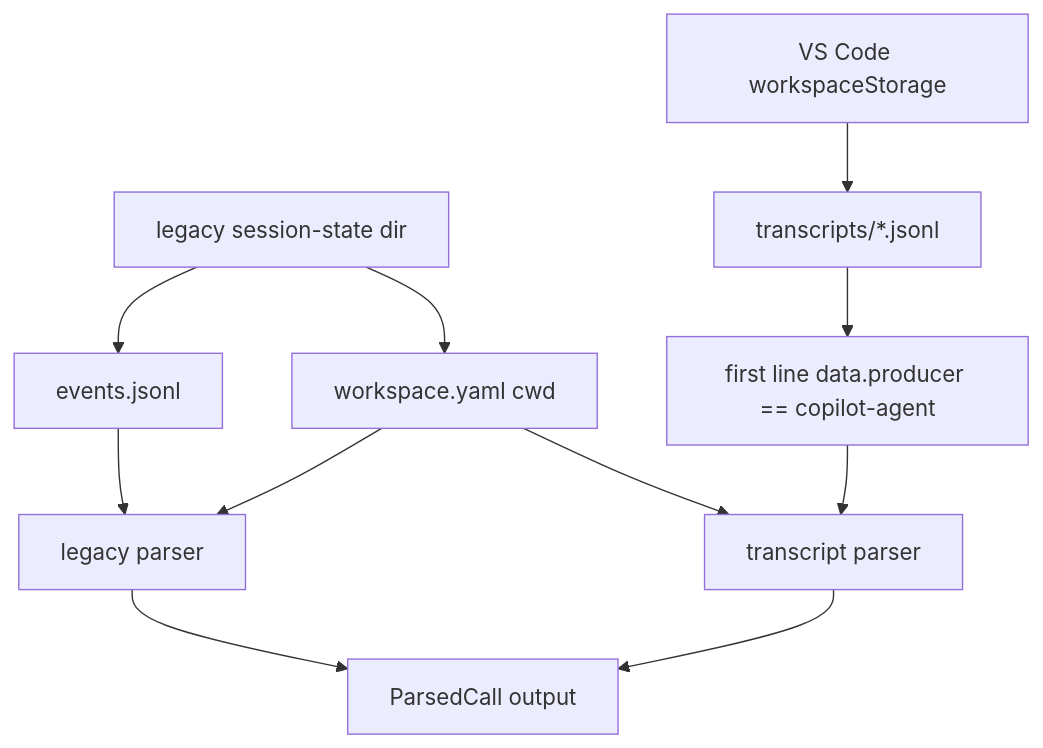
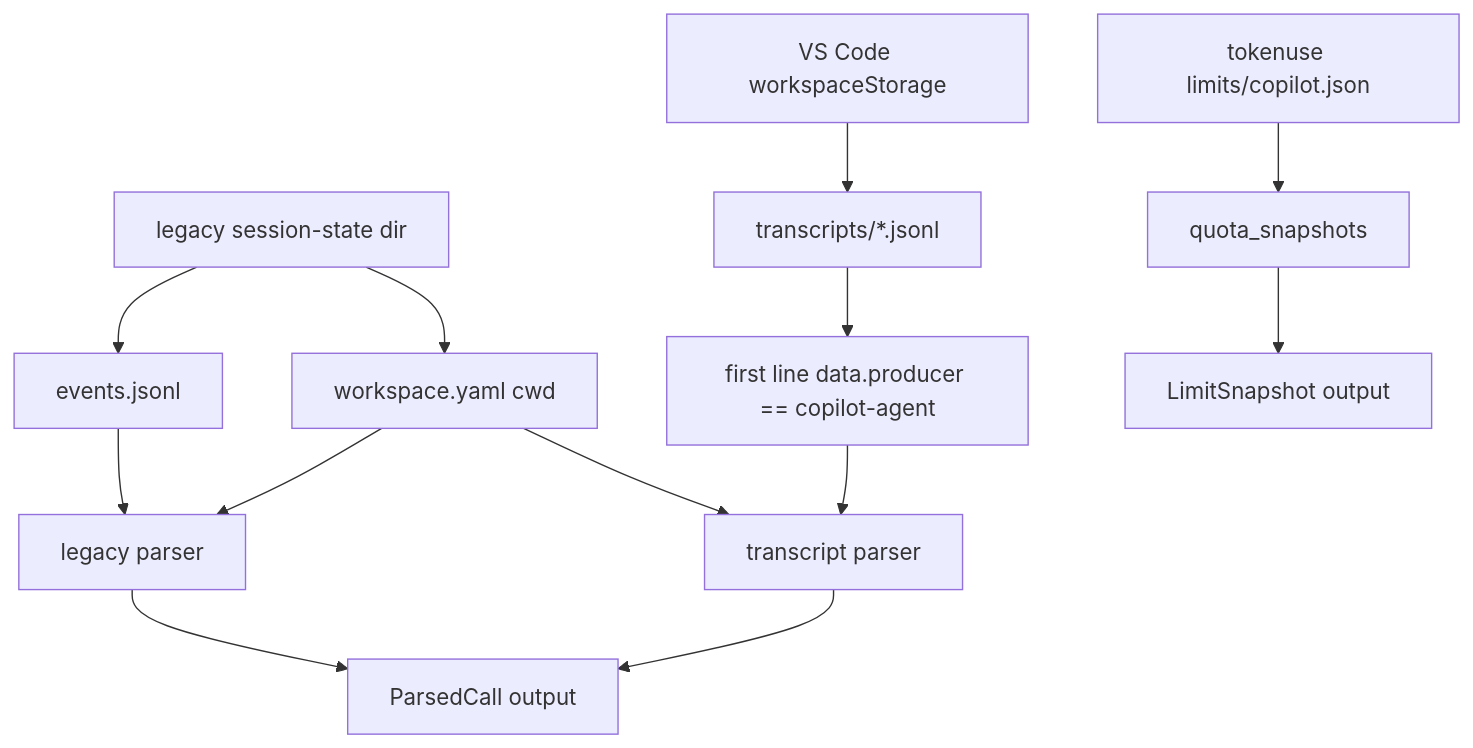
One commit to russmckendrick/tokenuse changed the first of 2 diagrams in docs/development/tools/copilot.md. Above: the diagram before and after it, drawn with Mermaid. The commit also changed other lines of this file and 41 other files, not shown here.

First line of the commit message:
✨ feat(limits): add Claude and Copilot quota sync workflows

````diff
--- a/docs/development/tools/copilot.md
+++ b/docs/development/tools/copilot.md
@@ -38,13 +38,15 @@
 ```mermaid
 flowchart TD
     A["legacy session-state dir"] --> B["events.jsonl"]
     A --> C["workspace.yaml cwd"]
     D["VS Code workspaceStorage"] --> E["transcripts/*.jsonl"]
+    J["tokenuse limits/copilot.json"] --> K["quota_snapshots"]
     E --> F["first line data.producer == copilot-agent"]
     B --> G["legacy parser"]
     F --> H["transcript parser"]
     C --> G
     C --> H
     G --> I["ParsedCall output"]
     H --> I
+    K --> L["LimitSnapshot output"]
 ```
````
